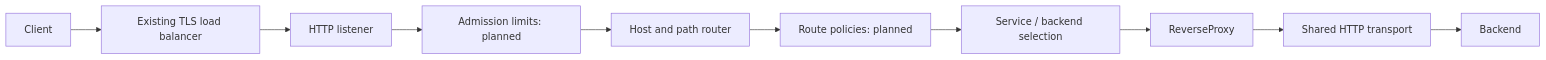
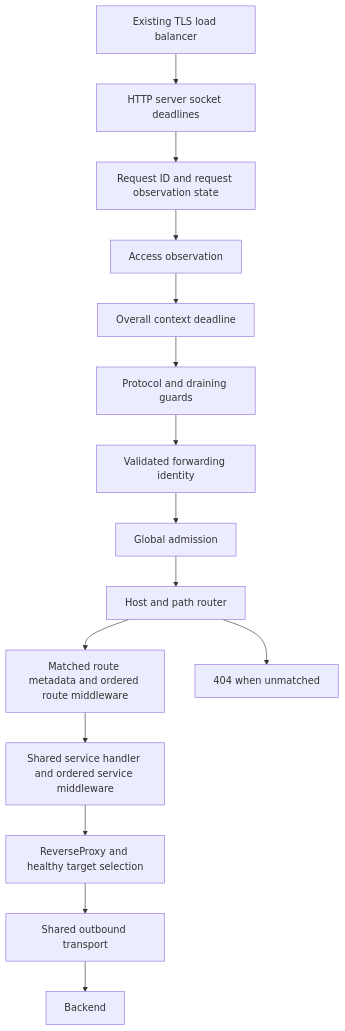
Before and after one commit to JimAlex927/Janus: the diagram in docs/architecture.md, drawn with Mermaid. The commit also changed other lines of this file and 17 other files, not shown here.

Commit message:
feat(middleware): add route-level response buffering

````diff
--- a/docs/architecture.md
+++ b/docs/architecture.md
@@ -22,12 +26,17 @@
 ```mermaid
-flowchart LR
-    C[Client] --> E[Existing TLS load balancer]
-    E --> L[HTTP listener]
-    L --> A[Admission limits: planned]
+flowchart TD
+    LB[Existing TLS load balancer] --> H[HTTP server socket deadlines]
+    H --> ID[Request ID and request observation state]
+    ID --> O[Access observation]
+    O --> T[Overall context deadline]
+    T --> G[Protocol and draining guards]
+    G --> I[Validated forwarding identity]
+    I --> A[Global admission]
     A --> R[Host and path router]
-    R --> M[Route policies: planned]
-    M --> S[Service / backend selection]
-    S --> P[ReverseProxy]
-    P --> T[Shared HTTP transport]
-    T --> B[Backend]
+    R --> M[Matched route metadata and ordered route middleware]
+    M --> S[Shared service handler and ordered service middleware]
+    S --> P[ReverseProxy and healthy target selection]
+    P --> TR[Shared outbound transport]
+    TR --> B[Backend]
+    R --> N[404 when unmatched]
 ```
````
